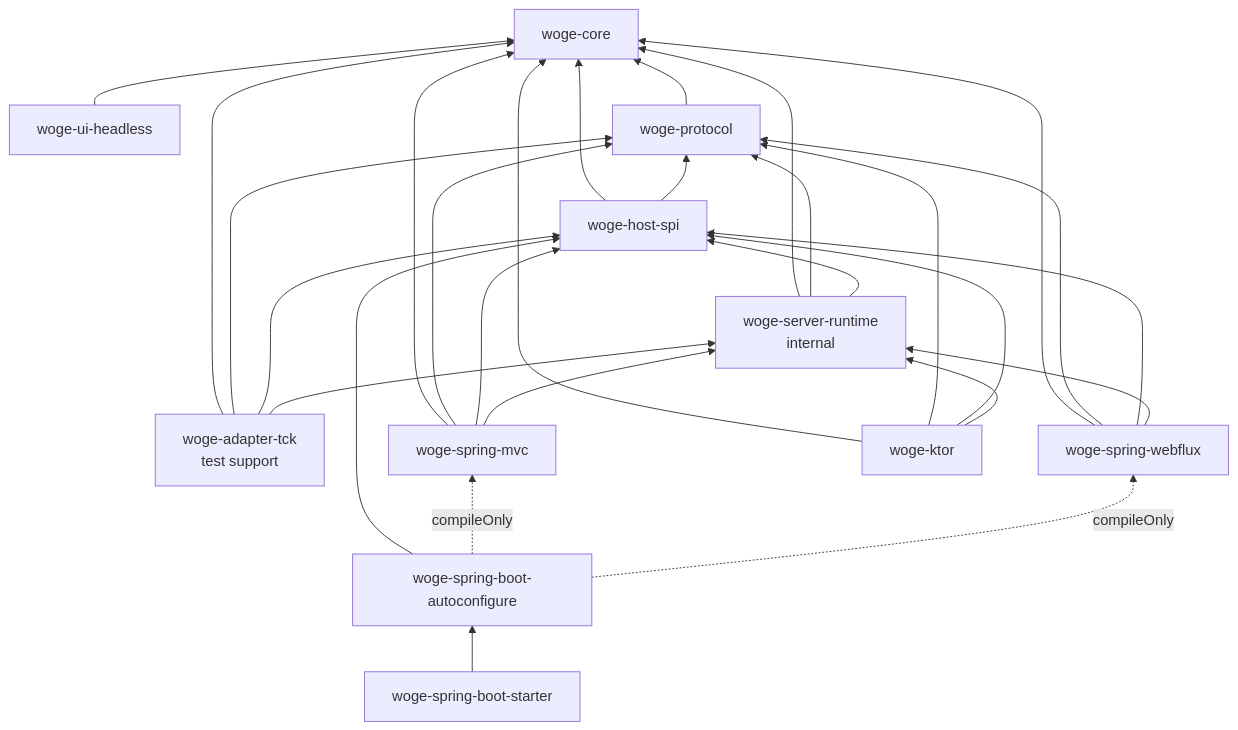
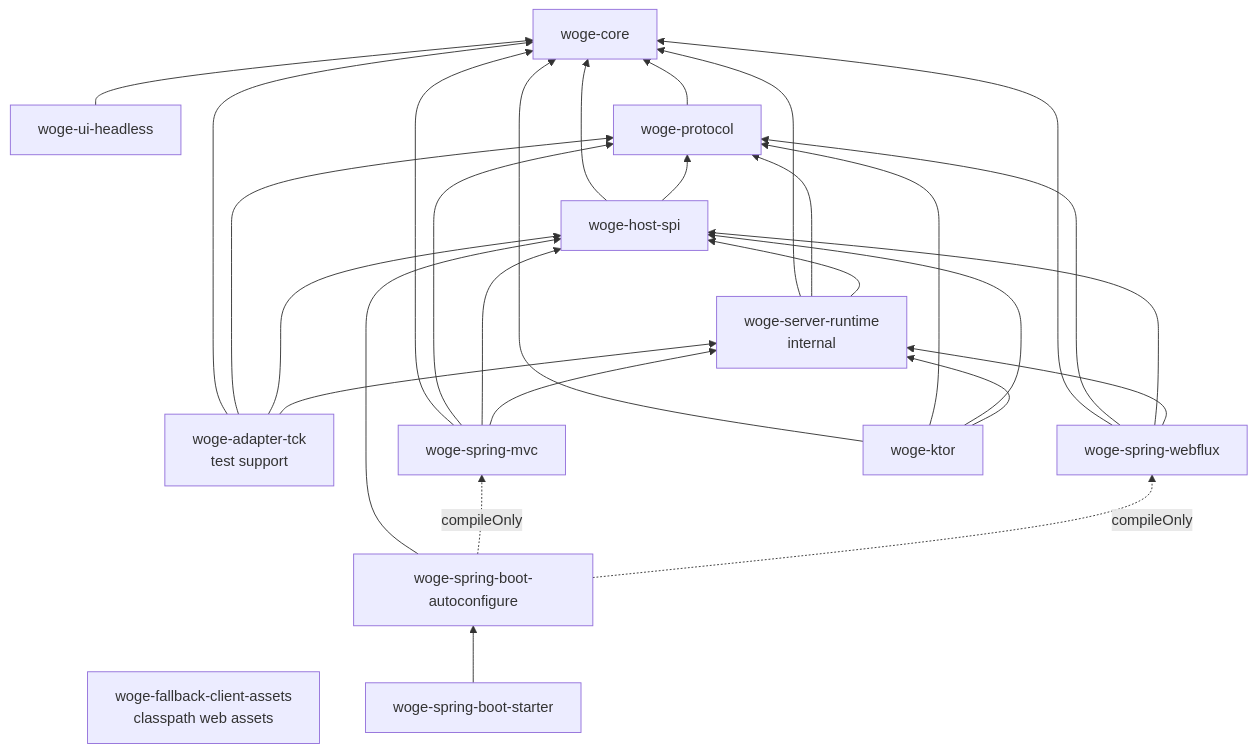
The diagram in docs/architecture/module-graph.md (christian-draeger/woge), drawn with Mermaid before and after one commit. The commit also changed other lines of this file and 30 other files, not shown here.

Commit message:
feat: publish fallback client artifacts (#157)

````diff
--- a/docs/architecture/module-graph.md
+++ b/docs/architecture/module-graph.md
@@ -8,30 +8,31 @@
 ```mermaid
 flowchart BT
     UI[woge-ui-headless] --> Core[woge-core]
+    Assets[woge-fallback-client-assets<br/>classpath web assets]
     Protocol[woge-protocol] --> Core
     SPI[woge-host-spi] --> Core
     SPI --> Protocol
     Runtime[woge-server-runtime<br/>internal] --> Core
     Runtime --> Protocol
     Runtime --> SPI
     TCK[woge-adapter-tck<br/>test support] --> Core
     TCK --> Protocol
     TCK --> SPI
     TCK --> Runtime
     MVC[woge-spring-mvc] --> Core
     MVC --> Protocol
     MVC --> SPI
     MVC --> Runtime
     WebFlux[woge-spring-webflux] --> Core
     WebFlux --> Protocol
     WebFlux --> SPI
     WebFlux --> Runtime
     Ktor[woge-ktor] --> Core
     Ktor --> Protocol
     Ktor --> SPI
     Ktor --> Runtime
     Auto[woge-spring-boot-autoconfigure] --> SPI
     Auto -. compileOnly .-> MVC
     Auto -. compileOnly .-> WebFlux
     Starter[woge-spring-boot-starter] --> Auto
 ```
````
